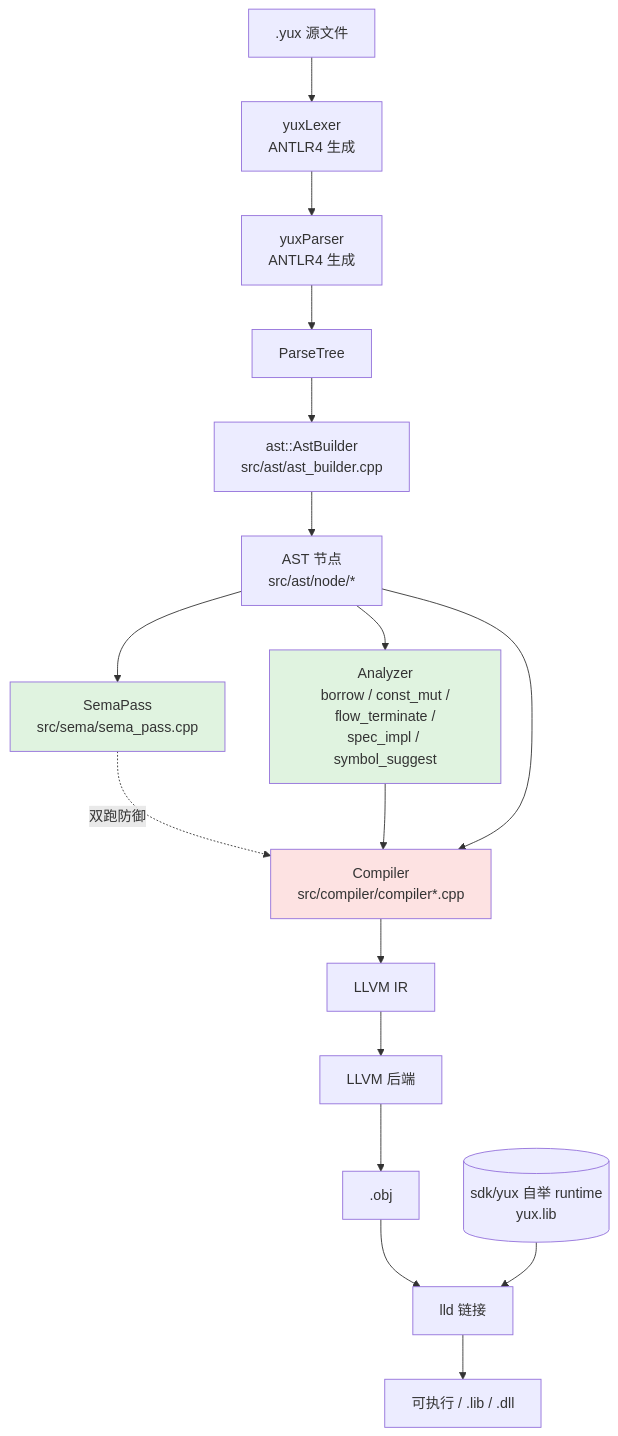
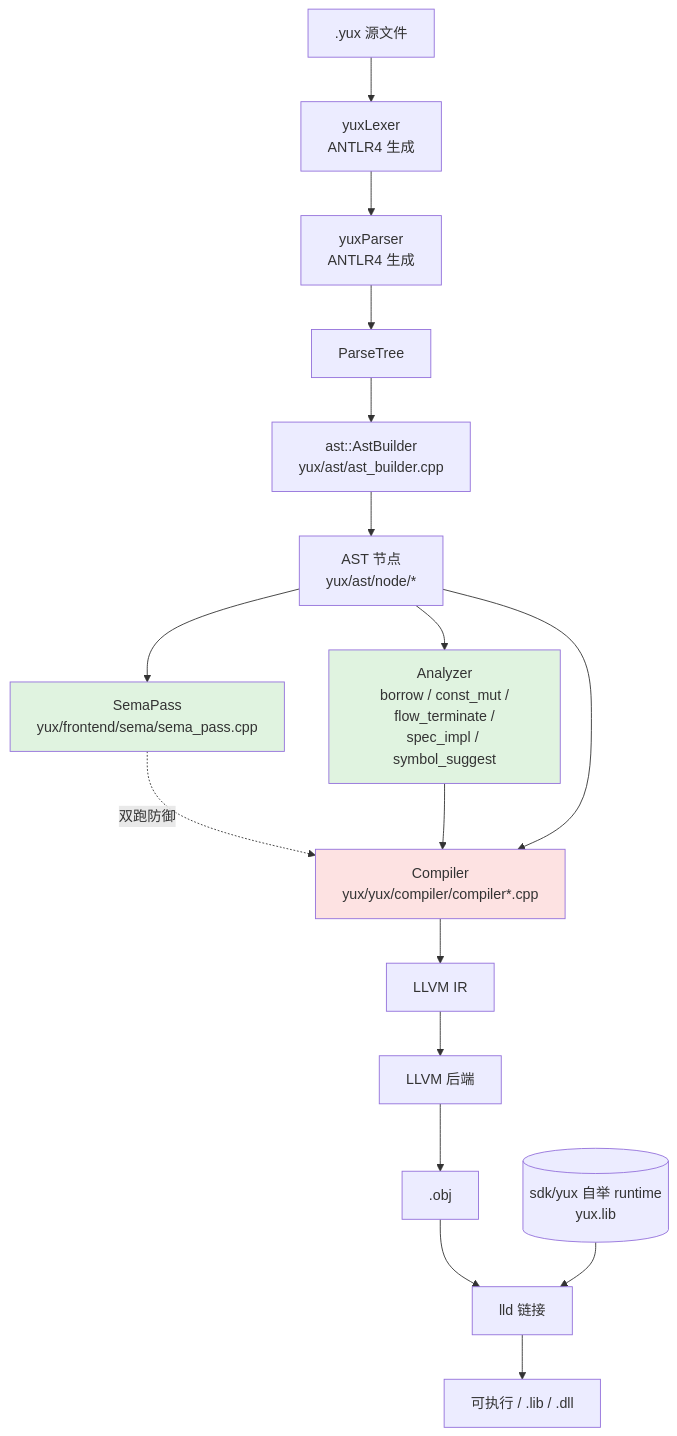
The second of 6 diagrams in yux.md (riu-lang/riu), drawn with Mermaid before and after one commit. The commit also changed other lines of this file and 30 other files, not shown here.

First line of the commit message:
docs: 更新旧 src/ 路径引用，对齐 yux/ 新目录结构

````diff
--- a/yux.md
+++ b/yux.md
@@ -47,26 +47,26 @@
 ```mermaid
 flowchart TB
     src[.yux 源文件] --> lex[yuxLexer<br/>ANTLR4 生成]
     lex --> parse[yuxParser<br/>ANTLR4 生成]
     parse --> tree[ParseTree]
-    tree --> builder[ast::AstBuilder<br/>src/ast/ast_builder.cpp]
-    builder --> ast[AST 节点<br/>src/ast/node/*]
+    tree --> builder[ast::AstBuilder<br/>yux/ast/ast_builder.cpp]
+    builder --> ast[AST 节点<br/>yux/ast/node/*]
 
-    ast --> sema[SemaPass<br/>src/sema/sema_pass.cpp]
+    ast --> sema[SemaPass<br/>yux/frontend/sema/sema_pass.cpp]
     sema -. 双跑防御 .-> compiler
 
     ast --> analyzer[Analyzer<br/>borrow / const_mut /<br/>flow_terminate /<br/>spec_impl / symbol_suggest]
     analyzer --> compiler
 
-    ast --> compiler[Compiler<br/>src/compiler/compiler*.cpp]
+    ast --> compiler[Compiler<br/>yux/yux/compiler/compiler*.cpp]
     compiler --> ir[LLVM IR]
     ir --> llc[LLVM 后端]
     llc --> obj[.obj]
     obj --> lld[lld 链接]
     sdk[(sdk/yux 自举 runtime<br/>yux.lib)] --> lld
     lld --> exe[可执行 / .lib / .dll]
 
     style sema fill:#e0f3e0
     style analyzer fill:#e0f3e0
     style compiler fill:#fde2e2
 ```
````
